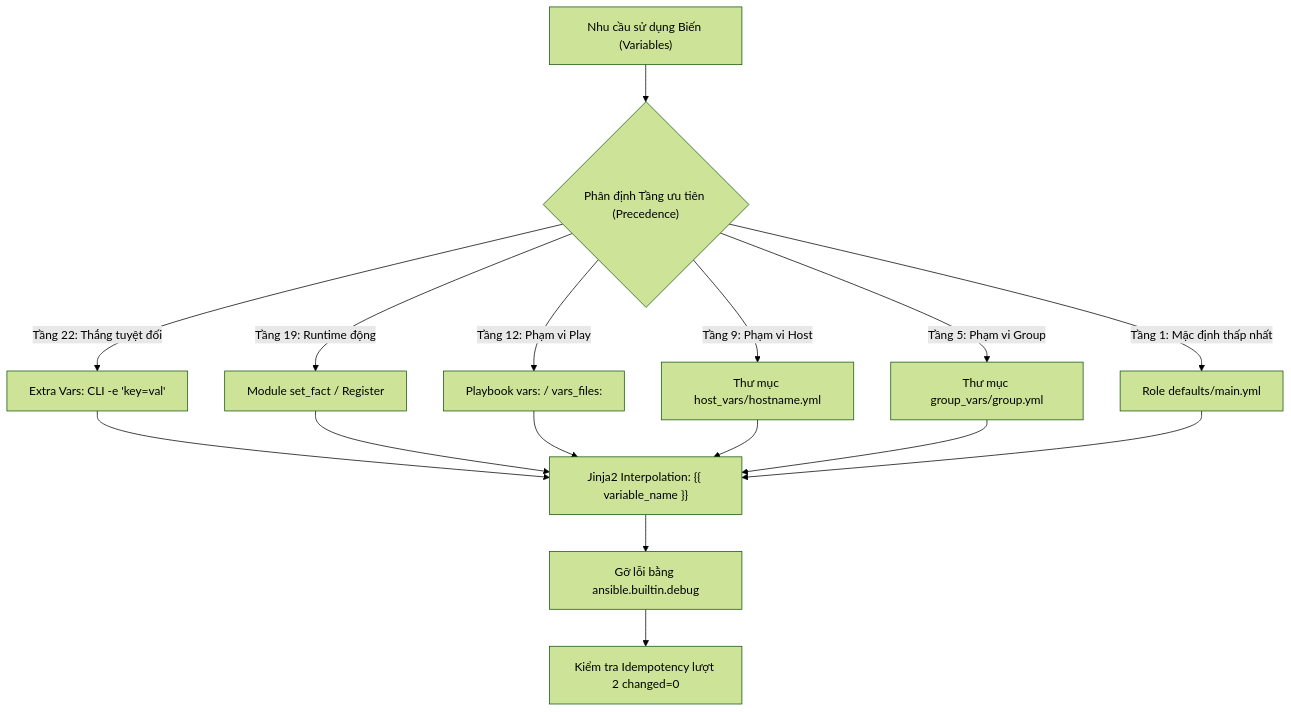
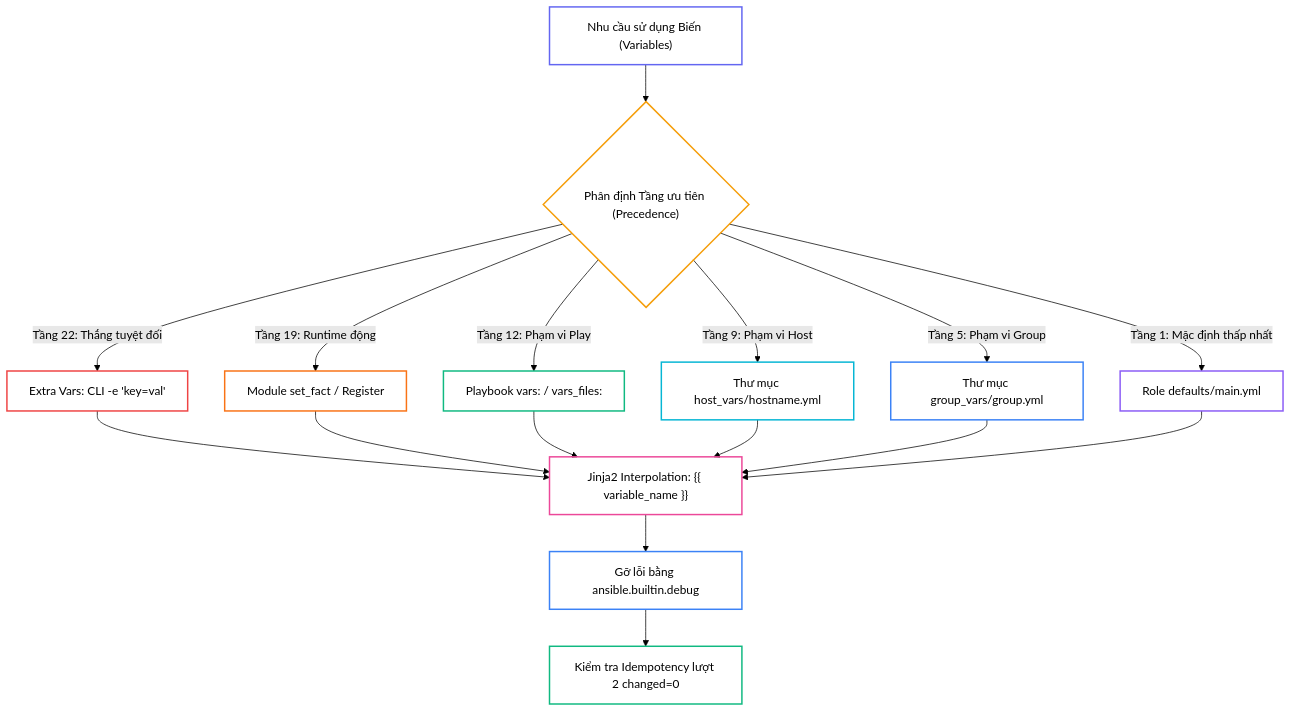
The second of 3 diagrams in _posts/2026-09-13-ansible-07-07-variables-precedence.md (kiennt308/ntk), drawn with Mermaid (forest theme) before and after one commit. The commit also changed other lines of this file and 30 other files, not shown here.

````diff
--- a/_posts/2026-09-13-ansible-07-07-variables-precedence.md
+++ b/_posts/2026-09-13-ansible-07-07-variables-precedence.md
@@ -308,15 +319,27 @@
 ```mermaid
 flowchart TD
     A["Nhu cầu sử dụng Biến (Variables)"] --> B{"Phân định Tầng ưu tiên (Precedence)"}
     
     B -->|"Tầng 22: Thắng tuyệt đối"| C["Extra Vars: CLI -e 'key=val'"]
     B -->|"Tầng 19: Runtime động"| D["Module set_fact / Register"]
     B -->|"Tầng 12: Phạm vi Play"| E["Playbook vars: / vars_files:"]
     B -->|"Tầng 9: Phạm vi Host"| F["Thư mục host_vars/hostname.yml"]
     B -->|"Tầng 5: Phạm vi Group"| G["Thư mục group_vars/group.yml"]
     B -->|"Tầng 1: Mặc định thấp nhất"| H["Role defaults/main.yml"]
     
     C & D & E & F & G & H --> I["Jinja2 Interpolation: {{ variable_name }}"]
     I --> J["Gỡ lỗi bằng ansible.builtin.debug"]
     J --> K["Kiểm tra Idempotency lượt 2 changed=0"]
+
+    style A fill:none,stroke:#6366f1,stroke-width:2px
+    style B fill:none,stroke:#f59e0b,stroke-width:2px
+    style C fill:none,stroke:#ef4444,stroke-width:2px
+    style D fill:none,stroke:#f97316,stroke-width:2px
+    style E fill:none,stroke:#10b981,stroke-width:2px
+    style F fill:none,stroke:#06b6d4,stroke-width:2px
+    style G fill:none,stroke:#3b82f6,stroke-width:2px
+    style H fill:none,stroke:#8b5cf6,stroke-width:2px
+    style I fill:none,stroke:#ec4899,stroke-width:2px
+    style J fill:none,stroke:#3b82f6,stroke-width:2px
+    style K fill:none,stroke:#10b981,stroke-width:2px
 ```
````
